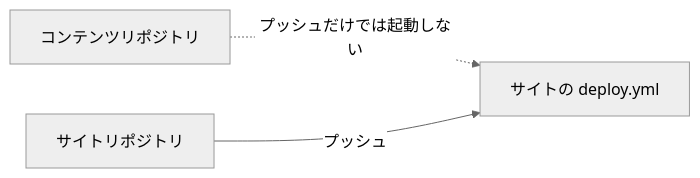
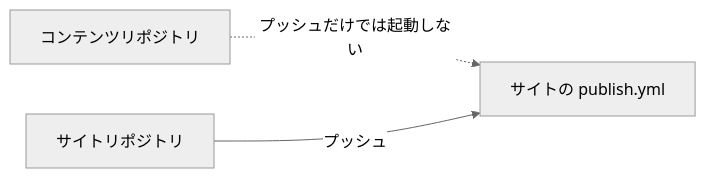
The fourth of 11 diagrams in docs/docs/guides/deployment/github-actions.ja.md (Rerurate514/riebeckite), drawn with Mermaid (neutral theme) before and after one commit. The commit also changed other lines of this file and 55 other files, not shown here.

````diff
--- a/docs/docs/guides/deployment/github-actions.ja.md
+++ b/docs/docs/guides/deployment/github-actions.ja.md
@@ -265,9 +265,9 @@
 ```mermaid id="v20ejj"
 flowchart LR
     Content["コンテンツリポジトリ"]
     Site["サイトリポジトリ"]
-    Workflow["サイトの deploy.yml"]
+    Workflow["サイトの publish.yml"]
 
     Content -.->|"プッシュだけでは起動しない"| Workflow
     Site -->|"プッシュ"| Workflow
 ```
````
